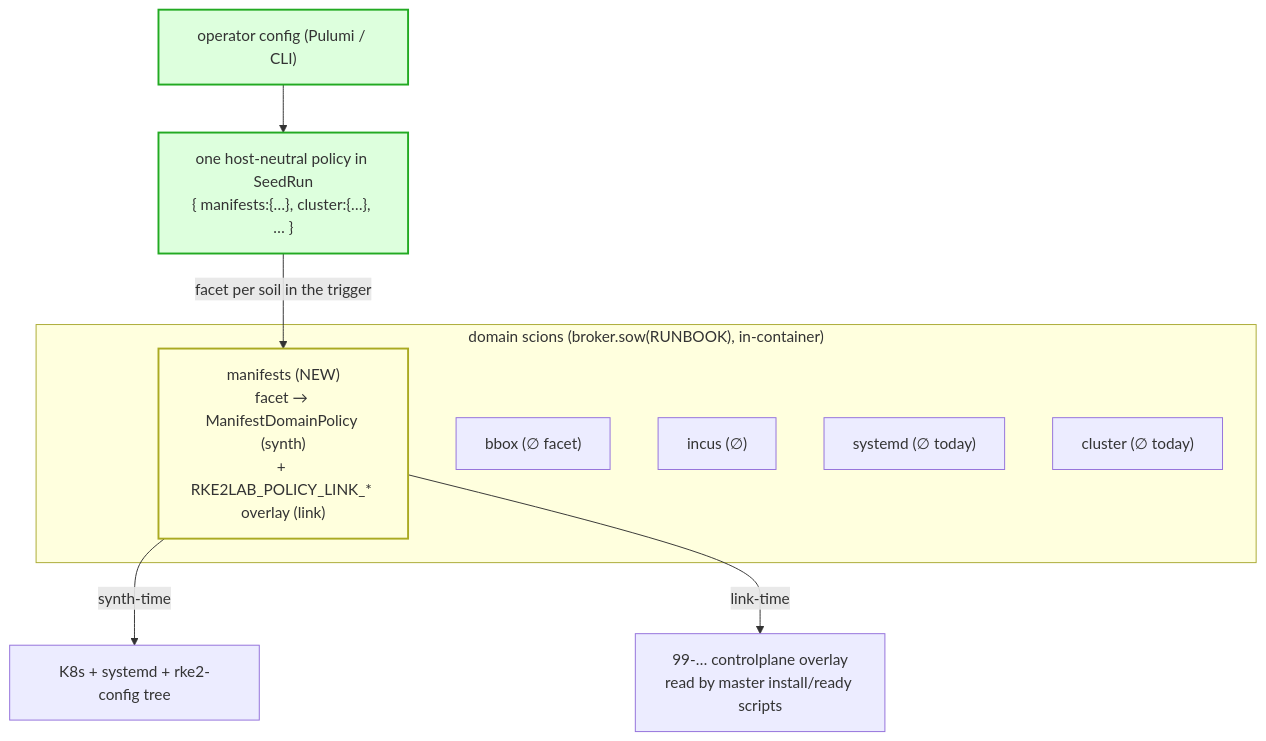
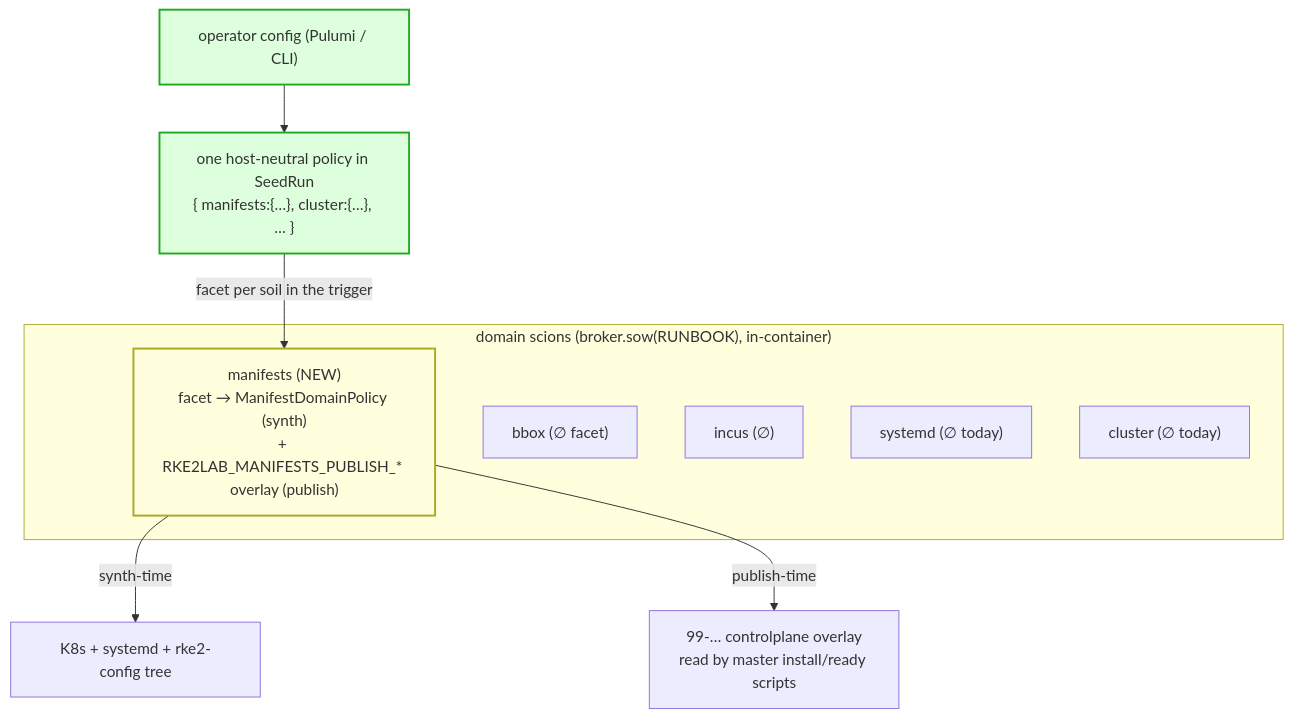
One commit to nxmatic/rke2lab changed the fifth of 7 diagrams in docs/architecture/atlas/seed.adoc. Above: the diagram before and after it, drawn with Mermaid. The commit also changed other lines of this file and 22 other files, not shown here.

First line of the commit message:
refactor(manifests): rename the activation facet link → publish

```diff
--- a/docs/architecture/atlas/seed.adoc
+++ b/docs/architecture/atlas/seed.adoc
@@ -493,22 +493,22 @@
 [mermaid]
 ....
 flowchart TB
   cfg["operator config (Pulumi / CLI)"]
   pol["one host-neutral policy in SeedRun<br/>{ manifests:{…}, cluster:{…}, … }"]
   cfg --> pol
   pol -->|"facet per soil in the trigger"| M
   subgraph scions["domain scions (broker.sow(RUNBOOK), in-container)"]
     B["bbox (∅ facet)"]
     I["incus (∅)"]
     S["systemd (∅ today)"]
     C["cluster (∅ today)"]
-    M["manifests (NEW)<br/>facet → ManifestDomainPolicy (synth)<br/>+ RKE2LAB_POLICY_LINK_* overlay (link)"]
+    M["manifests (NEW)<br/>facet → ManifestDomainPolicy (synth)<br/>+ RKE2LAB_MANIFESTS_PUBLISH_* overlay (publish)"]
   end
   M -->|synth-time| tree["K8s + systemd + rke2-config tree"]
-  M -->|link-time| ov["99-… controlplane overlay<br/>read by master install/ready scripts"]
+  M -->|publish-time| ov["99-… controlplane overlay<br/>read by master install/ready scripts"]
 
   classDef src fill:#dfd,stroke:#2a2,stroke-width:2px;
   classDef new fill:#ffd,stroke:#aa2,stroke-width:2px;
   class cfg,pol src;
   class M new;
 ....
```
